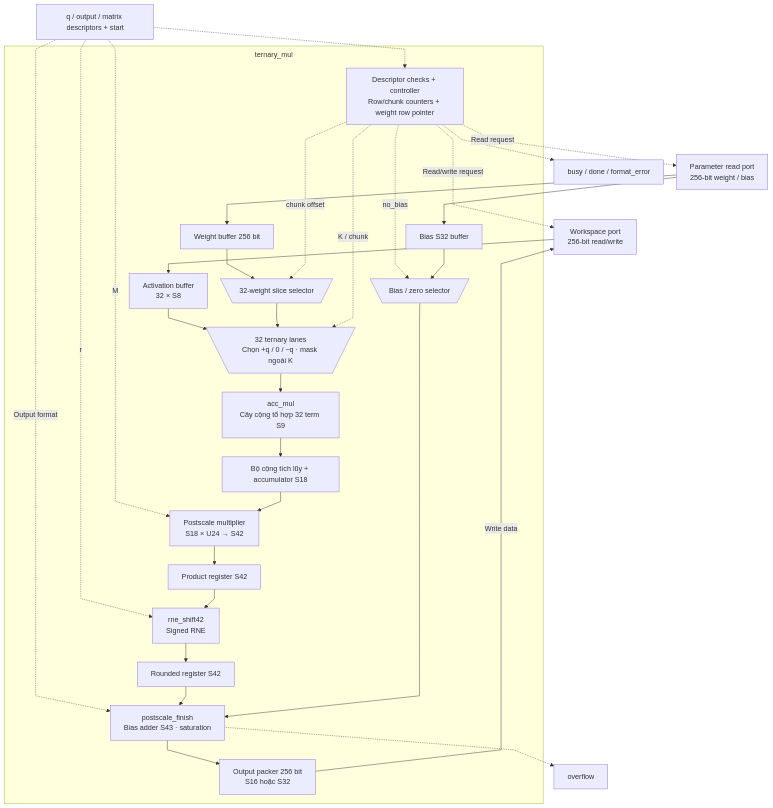
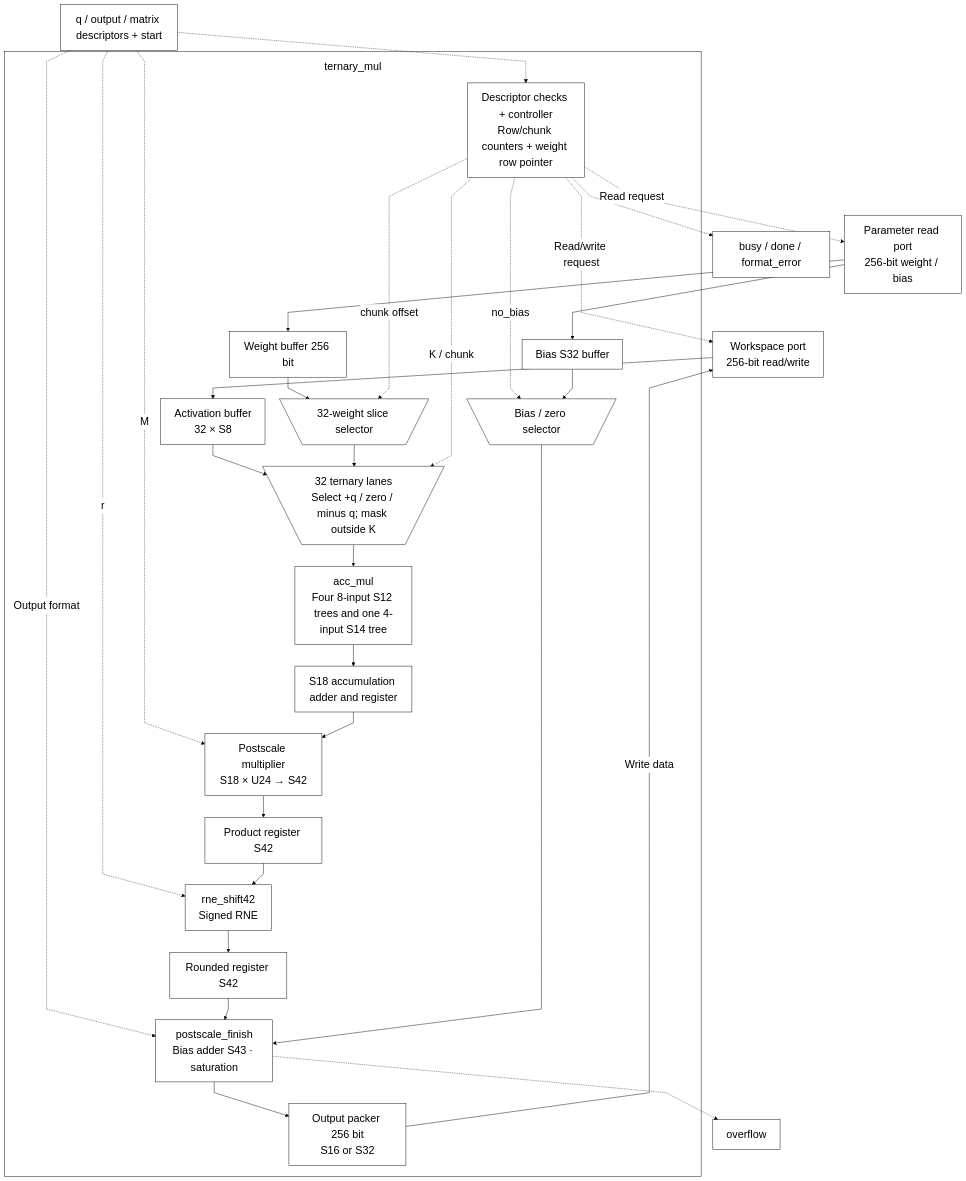
One commit to nguyennhutkhanhtom/NPU changed the first of 2 diagrams in docs/source_guide/blocks/ternary_mul.sv.md. Above: the diagram before and after it, drawn with Mermaid. The commit also changed other lines of this file and 102 other files, not shown here.

First line of the commit message:
docs: refresh guides and source-grounded RTL diagrams

````diff
--- a/docs/source_guide/blocks/ternary_mul.sv.md
+++ b/docs/source_guide/blocks/ternary_mul.sv.md
@@ -15,52 +15,54 @@
 ```mermaid
+%%{init: {"theme":"base","fontFamily":"Arial, sans-serif","themeVariables":{"fontSize":"24px","primaryColor":"#ffffff","primaryTextColor":"#000000","primaryBorderColor":"#000000","secondaryColor":"#ffffff","tertiaryColor":"#ffffff","lineColor":"#000000","textColor":"#000000","mainBkg":"#ffffff","nodeBorder":"#000000","clusterBkg":"#ffffff","clusterBorder":"#000000","edgeLabelBackground":"#ffffff"},"flowchart":{"htmlLabels":true,"useMaxWidth":false,"nodeSpacing":32,"rankSpacing":48,"curve":"linear","subGraphTitleMargin":{"top":16,"bottom":30}}}}%%
 flowchart TB
-%%{init: {"flowchart": {"subGraphTitleMargin": {"top": 8, "bottom": 20}, "nodeSpacing": 28, "rankSpacing": 42, "curve": "linear"}}}%%
-    CFG["q / output / matrix descriptors + start"]
+CFG["q / output / matrix descriptors + start"]
     WS["Workspace port<br/>256-bit read/write"]
     PM["Parameter read port<br/>256-bit weight / bias"]
     subgraph CORE["ternary_mul"]
         CTRL["Descriptor checks + controller<br/>Row/chunk counters + weight row pointer"]
         QB["Activation buffer<br/>32 × S8"]
         WB["Weight buffer 256 bit"]
         WSEL@{ shape: trap-t, label: "32-weight slice selector" }
-        PE@{ shape: trap-t, label: "32 ternary lanes<br/>Chọn +q / 0 / −q · mask ngoài K" }
-        RED["acc_mul<br/>Cây cộng tổ hợp 32 term S9"]
-        ACC["Bộ cộng tích lũy + accumulator S18"]
+        PE@{ shape: trap-t, label: "32 ternary lanes<br/>Select +q / zero / minus q; mask outside K" }
+        RED["acc_mul<br/>Four 8-input S12 trees and one 4-input S14 tree"]
+        ACC["S18 accumulation adder and register"]
         BIAS["Bias S32 buffer"]
         BSEL@{ shape: trap-t, label: "Bias / zero selector" }
         SMUL["Postscale multiplier<br/>S18 × U24 → S42"]
         PREG["Product register S42"]
         SRNE["rne_shift42<br/>Signed RNE"]
         RREG["Rounded register S42"]
         POST["postscale_finish<br/>Bias adder S43 · saturation"]
-        OUT["Output packer 256 bit<br/>S16 hoặc S32"]
+        OUT["Output packer 256 bit<br/>S16 or S32"]
     end
     CFG -.-> CTRL
     CFG -.->|"M"| SMUL
     CFG -.->|"r"| SRNE
     CFG -.->|"Output format"| POST
     CTRL -.->|"Read/write request"| WS
     CTRL -.->|"Read request"| PM
     WS --> QB
     PM --> WB
     PM --> BIAS
     CTRL -.->|"no_bias"| BSEL
     QB --> PE
     WB --> WSEL
     CTRL -.->|"chunk offset"| WSEL
     WSEL --> PE
     CTRL -.->|"K / chunk"| PE
     PE --> RED
     RED --> ACC
     ACC --> SMUL
     SMUL --> PREG
     PREG --> SRNE
     SRNE --> RREG
     RREG --> POST
     BIAS --> BSEL
     BSEL --> POST
     POST --> OUT
     OUT -->|"Write data"| WS
     CTRL -.-> STATUS["busy / done / format_error"]
     POST -.-> OV["overflow"]
+    classDef default fill:white,stroke:black,color:black,font-size:24px;
+    linkStyle default stroke:black,color:black;
 ```
````
